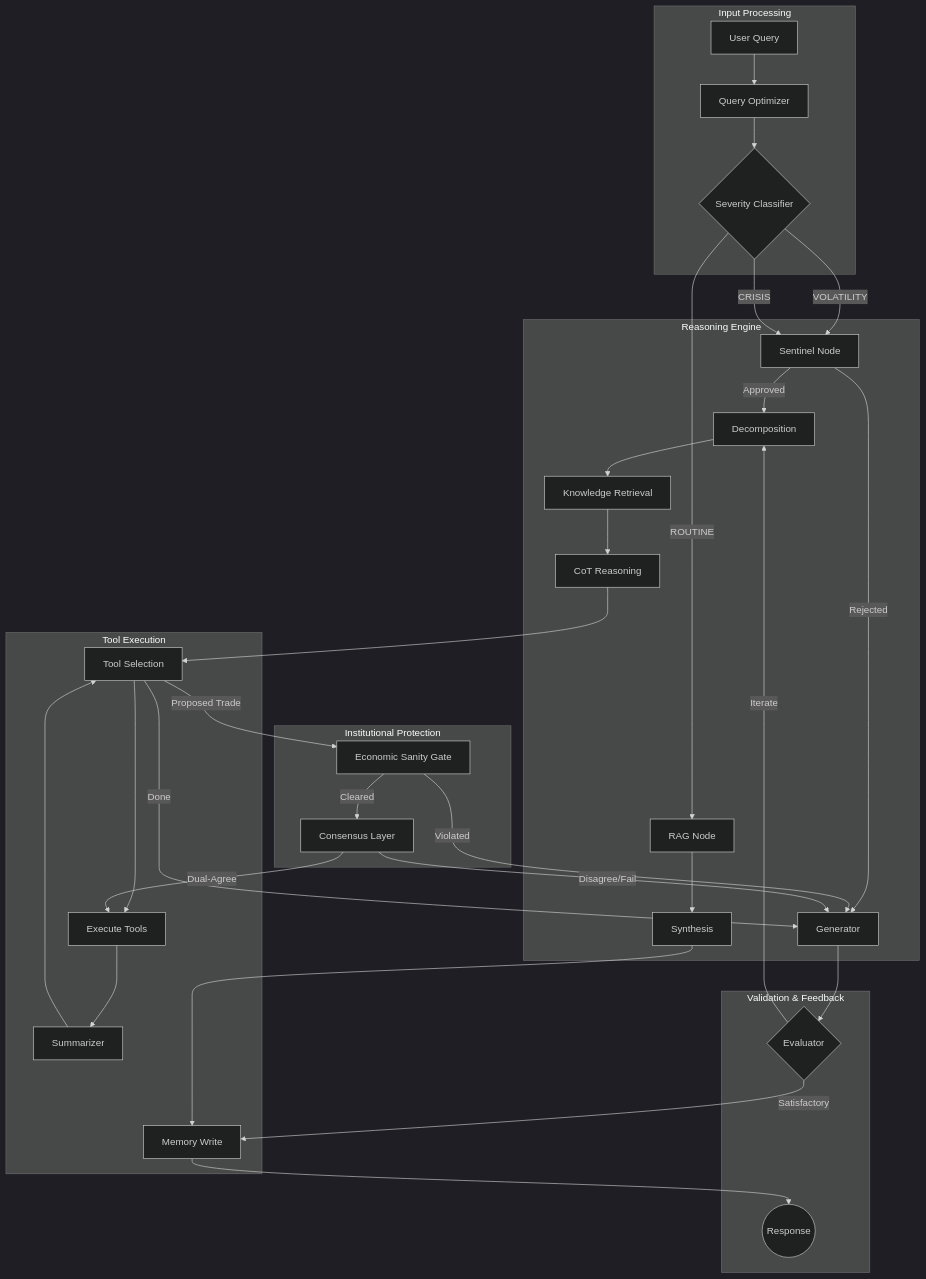
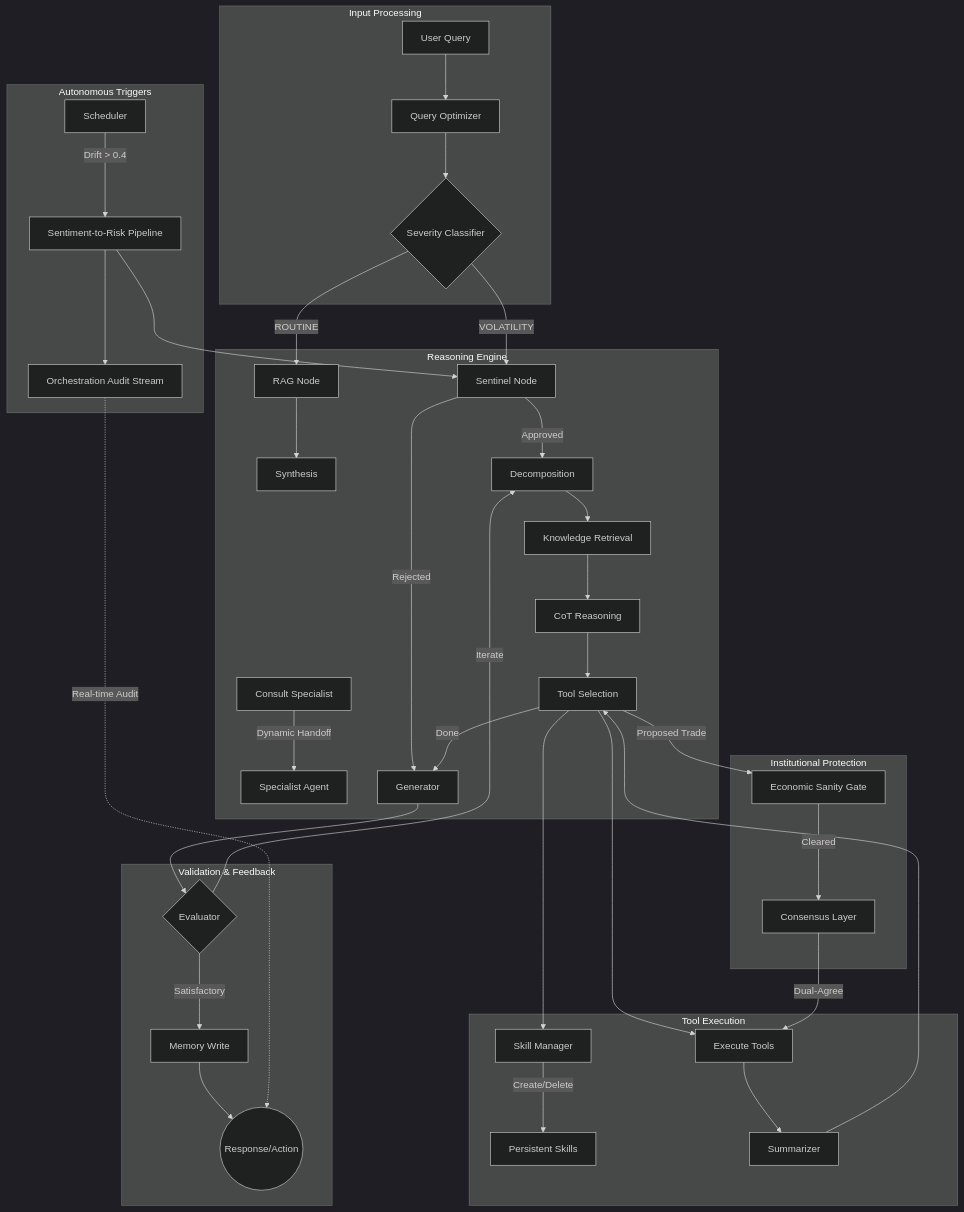
Before and after one commit to damrongsak/mtf-trading-system: the diagram in services/ai-analyst/README.md, drawn with Mermaid (dark theme). The commit also changed other lines of this file and 61 other files, not shown here.

Commit message:
feat(analyst): implement autonomous workflows, skill creator, and specialist handoffs

````diff
--- a/services/ai-analyst/README.md
+++ b/services/ai-analyst/README.md
@@ -9,44 +9,51 @@
 ```mermaid
 graph TD
+    subgraph Trigger["Autonomous Triggers"]
+        SCHED[Scheduler] -->|Drift > 0.4| SENT_TRIGGER[Sentiment-to-Risk Pipeline]
+        SENT_TRIGGER --> ORCH_LOG[Orchestration Audit Stream]
+    end
+
     subgraph Input["Input Processing"]
         USR[User Query] --> OPT[Query Optimizer]
         OPT --> SEV{Severity Classifier}
     end
 
     subgraph Reasoning["Reasoning Engine"]
         SEV -->|ROUTINE| RAG[RAG Node]
+        SEV_CONSULT[Consult Specialist] -->|Dynamic Handoff| SPEC[Specialist Agent]
         SEV -->|VOLATILITY| SENT[Sentinel Node]
-        SEV -->|CRISIS| SENT
+        SENT_TRIGGER --> SENT
         
         RAG --> SYN[Synthesis]
         SENT -->|Approved| DEC[Decomposition]
         SENT -->|Rejected| GEN[Generator]
         
         DEC --> RET[Knowledge Retrieval]
         RET --> REA[CoT Reasoning]
+        REA --> TS[Tool Selection]
     end
 
     subgraph Action["Tool Execution"]
-        REA --> TS[Tool Selection]
-        SYN --> MW[Memory Write]
         TS --> EX[Execute Tools]
+        TS --> SKILL[Skill Manager]
+        SKILL -->|Create/Delete| SKILL_DB[Persistent Skills]
         EX --> SUM[Summarizer]
         SUM --> TS
     end
 
     subgraph Safety["Institutional Protection"]
         TS -->|Proposed Trade| GATE[Economic Sanity Gate]
-        GATE -->|Violated| GEN
         GATE -->|Cleared| CON[Consensus Layer]
-        CON -->|Disagree/Fail| GEN
         CON -->|Dual-Agree| EX
     end
 
     subgraph Loop["Validation & Feedback"]
         TS -->|Done| GEN
         GEN --> EVA{Evaluator}
         EVA -->|Iterate| DEC
+        MW[Memory Write]
         EVA -->|Satisfactory| MW
-        MW --> END((Response))
+        MW --> END((Response/Action))
+        ORCH_LOG -.->|Real-time Audit| END
     end
 ```
````
